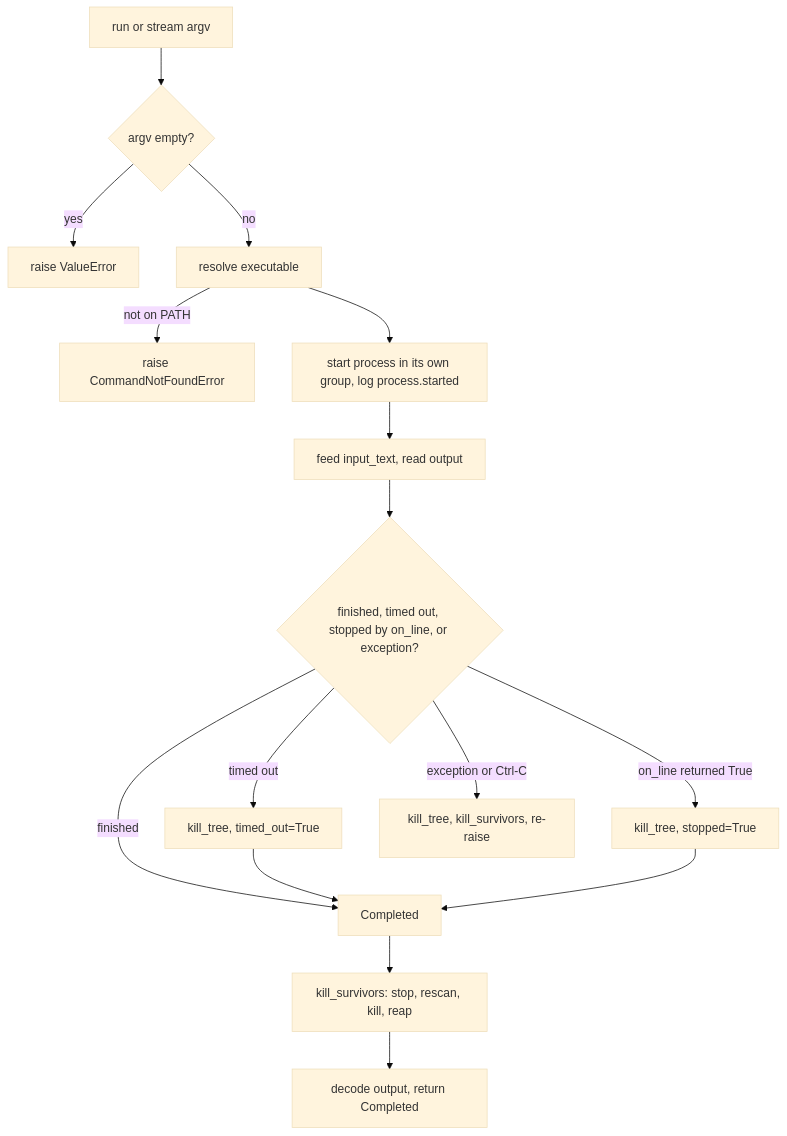
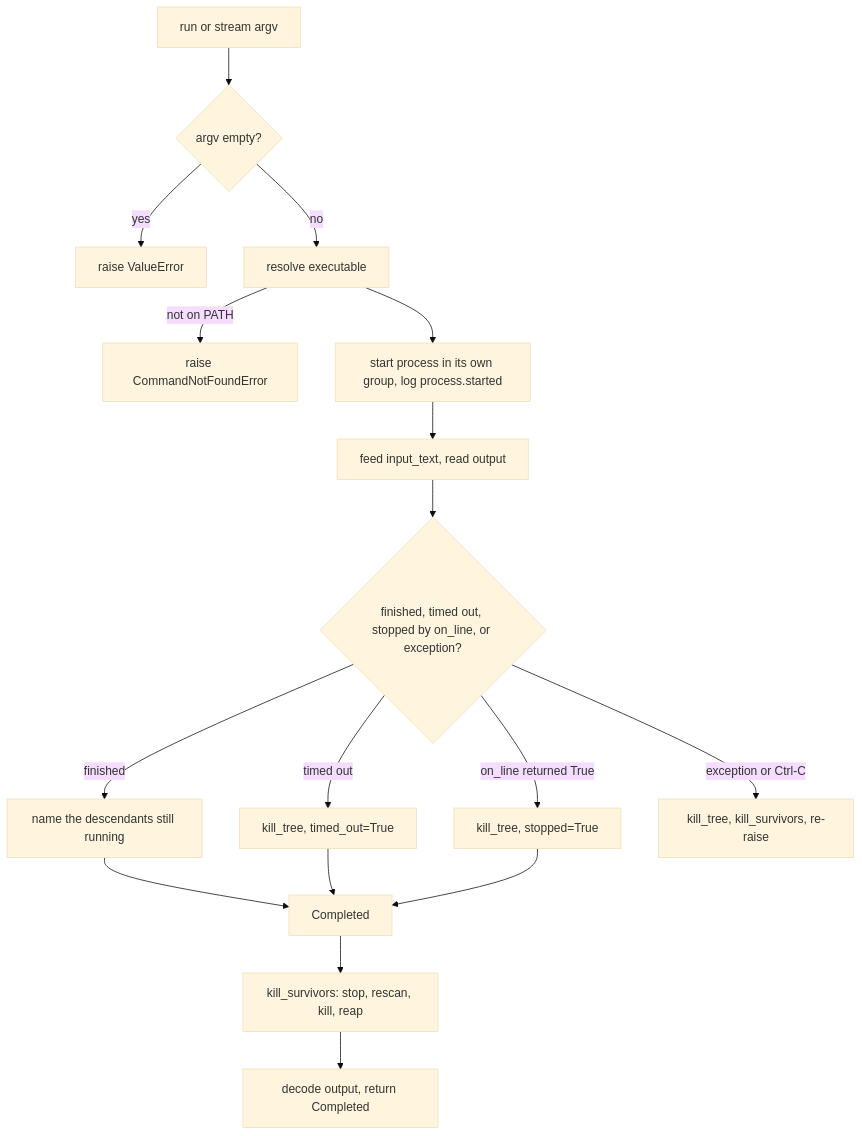
The first of 3 diagrams in docs/architecture/modules/process.md (plaplanche/ariane), drawn with Mermaid (base theme) before and after one commit. The commit also changed other lines of this file and 10 other files, not shown here.

````diff
--- a/docs/architecture/modules/process.md
+++ b/docs/architecture/modules/process.md
@@ -32,18 +32,19 @@
 ```mermaid
 flowchart TD
   A[run or stream argv] --> B{argv empty?}
   B -- yes --> X[raise ValueError]
   B -- no --> C[resolve executable]
   C -- not on PATH --> Y[raise CommandNotFoundError]
   C --> D[start process in its own group, log process.started]
   D --> E[feed input_text, read output]
   E --> F{finished, timed out, stopped by on_line, or exception?}
-  F -- finished --> G[Completed]
+  F -- finished --> L[name the descendants still running]
+  L --> G[Completed]
   F -- timed out --> H[kill_tree, timed_out=True]
   F -- on_line returned True --> I[kill_tree, stopped=True]
   F -- exception or Ctrl-C --> J[kill_tree, kill_survivors, re-raise]
   H --> G
   I --> G
   G --> S[kill_survivors: stop, rescan, kill, reap]
   S --> K[decode output, return Completed]
 ```
````
